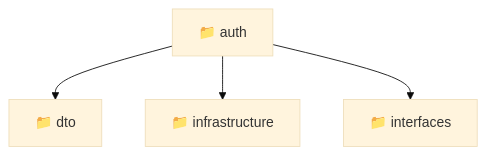
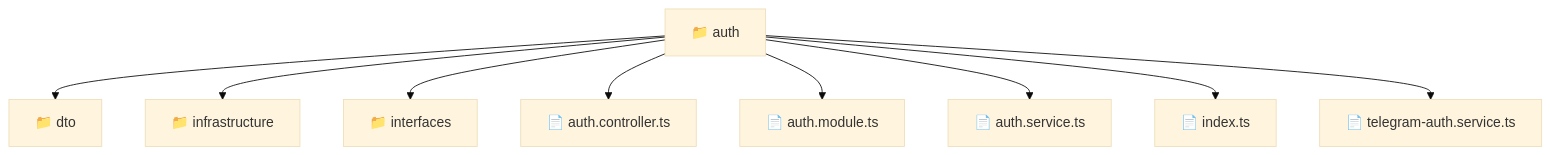
Before and after one commit to beginwebdev2002/fullstack-mavluda: the diagram in backend/src/modules/auth/README.md, drawn with Mermaid (base theme). The commit also changed other lines of this file and 157 other files, not shown here.

First line of the commit message:
docs: generate localized readmes for architectural transparency

````diff
--- a/backend/src/modules/auth/README.md
+++ b/backend/src/modules/auth/README.md
@@ -9,7 +11,12 @@
 ```mermaid
 graph TD
   auth["📁 auth"]
-  auth --> dto["📁 dto"]
-  auth --> infrastructure["📁 infrastructure"]
-  auth --> interfaces["📁 interfaces"]
+  auth --> auth_dto["📁 dto"]
+  auth --> auth_infrastructure["📁 infrastructure"]
+  auth --> auth_interfaces["📁 interfaces"]
+  auth --> auth_auth_controller_ts["📄 auth.controller.ts"]
+  auth --> auth_auth_module_ts["📄 auth.module.ts"]
+  auth --> auth_auth_service_ts["📄 auth.service.ts"]
+  auth --> auth_index_ts["📄 index.ts"]
+  auth --> auth_telegram_auth_service_ts["📄 telegram-auth.service.ts"]
 ```
````
